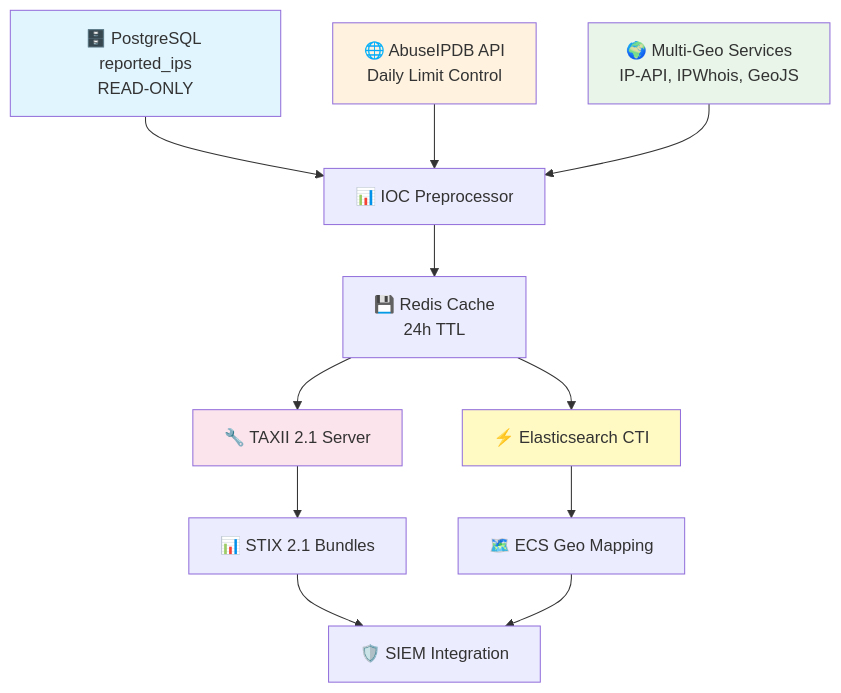
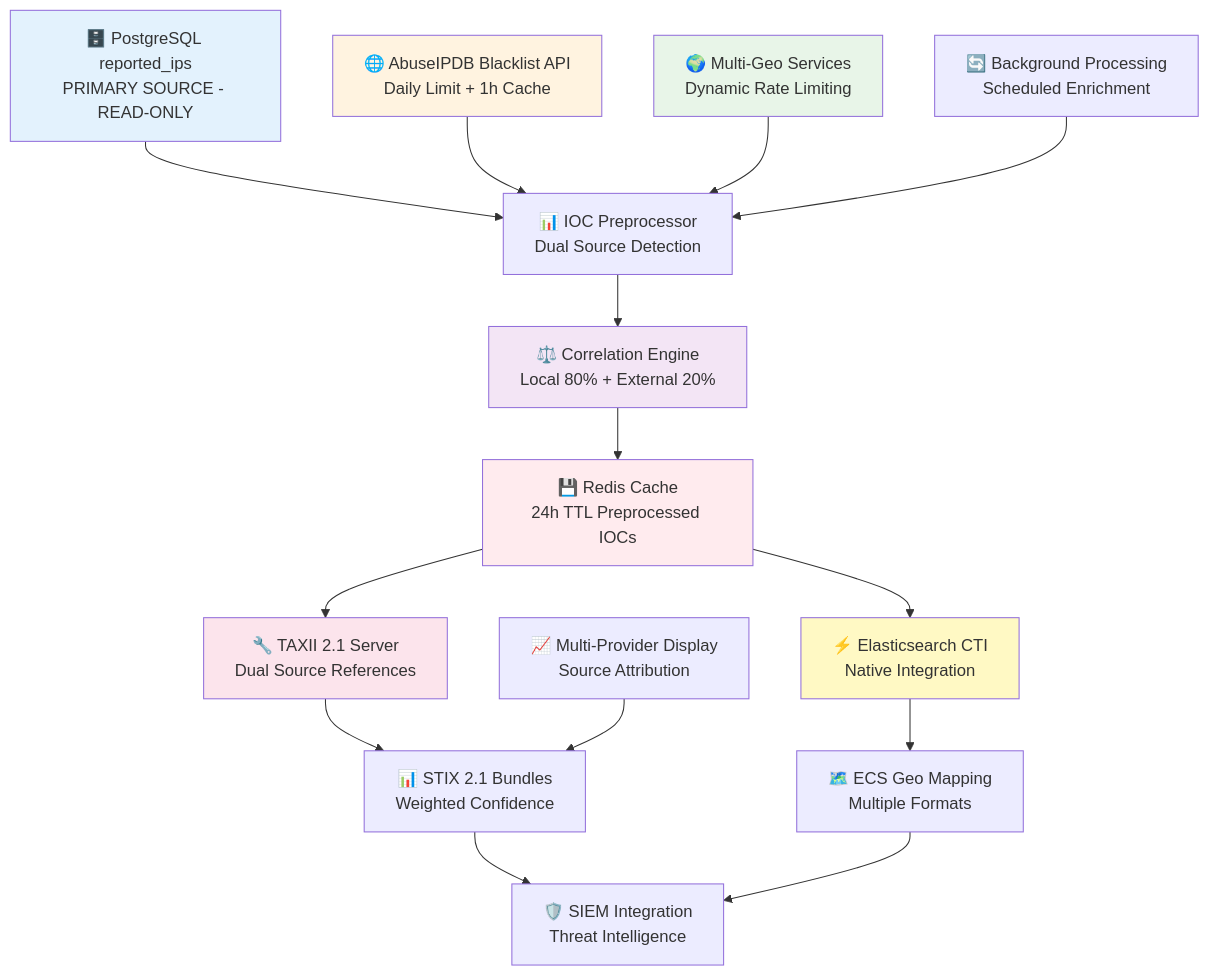
One commit to JuanVilla424/abuseipdb-ioc changed the diagram in README.md. Above: the diagram before and after it, drawn with Mermaid. The commit also changed other lines of this file and 9 other files, not shown here.

Commit message:
🐛 fix(core): fixed rate to api and docs [patch candidate]

````diff
--- a/README.md
+++ b/README.md
@@ -87,19 +99,29 @@
 ```mermaid
 graph TB
-    A[🗄️ PostgreSQL reported_ips<br/>READ-ONLY] --> B[📊 IOC Preprocessor]
-    C[🌐 AbuseIPDB API<br/>Daily Limit Control] --> B
-    D[🌍 Multi-Geo Services<br/>IP-API, IPWhois, GeoJS] --> B
-    B --> E[💾 Redis Cache<br/>24h TTL]
-    E --> F[🔧 TAXII 2.1 Server]
-    E --> G[⚡ Elasticsearch CTI]
-    F --> H[📊 STIX 2.1 Bundles]
-    G --> I[🗺️ ECS Geo Mapping]
-    H --> J[🛡️ SIEM Integration]
-    I --> J
+    A[🗄️ PostgreSQL reported_ips<br/>PRIMARY SOURCE - READ-ONLY] --> B[📊 IOC Preprocessor<br/>Dual Source Detection]
+    C[🌐 AbuseIPDB Blacklist API<br/>Daily Limit + 1h Cache] --> B
+    D[🌍 Multi-Geo Services<br/>Dynamic Rate Limiting] --> B
 
-    style A fill:#e1f5fe
+    B --> E[⚖️ Correlation Engine<br/>Local 80% + External 20%]
+    E --> F[💾 Redis Cache<br/>24h TTL Preprocessed IOCs]
+
+    F --> G[🔧 TAXII 2.1 Server<br/>Dual Source References]
+    F --> H[⚡ Elasticsearch CTI<br/>Native Integration]
+
+    G --> I[📊 STIX 2.1 Bundles<br/>Weighted Confidence]
+    H --> J[🗺️ ECS Geo Mapping<br/>Multiple Formats]
+
+    I --> K[🛡️ SIEM Integration<br/>Threat Intelligence]
+    J --> K
+
+    L[🔄 Background Processing<br/>Scheduled Enrichment] --> B
+    M[📈 Multi-Provider Display<br/>Source Attribution] --> I
+
+    style A fill:#e3f2fd
     style C fill:#fff3e0
     style D fill:#e8f5e8
-    style F fill:#fce4ec
-    style G fill:#fff9c4
+    style E fill:#f3e5f5
+    style F fill:#ffebee
+    style G fill:#fce4ec
+    style H fill:#fff9c4
 ```
````
